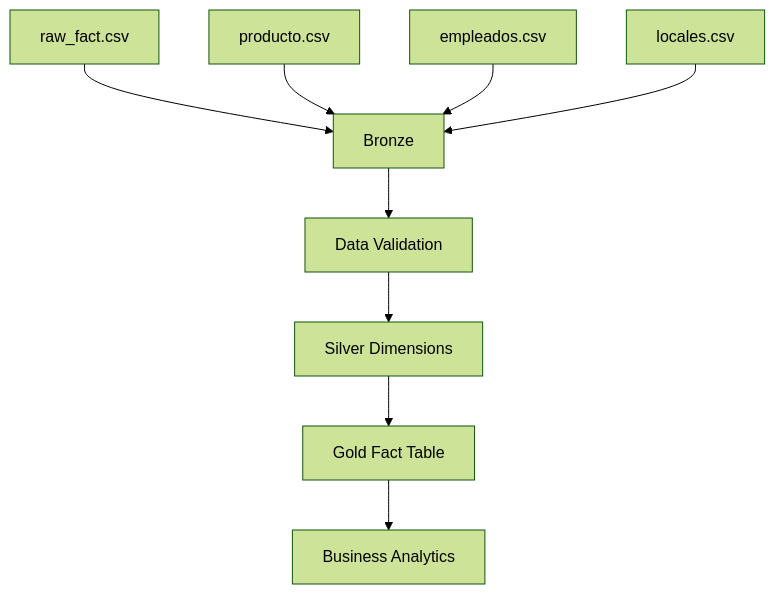
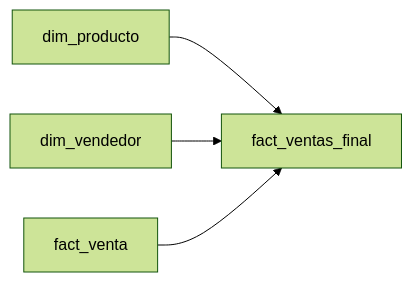
One commit to Smonsalve09/end-to-end-medallion-lakehouse-with-autoloader-dlt-and-workflows-on-databricks changed the third of 5 diagrams in README.md. Above: the diagram before and after it, drawn with Mermaid (forest theme). The commit also changed other lines of this file, not shown here.

First line of the commit message:
Revise README for project overview and architecture details

````diff
--- a/README.md
+++ b/README.md
@@ -187,21 +303,11 @@
 ```mermaid
-flowchart TD
+flowchart LR
 
-    A[raw_fact.csv]
-    B[producto.csv]
-    C[empleados.csv]
-    D[locales.csv]
+A[dim_producto]
+B[dim_vendedor]
+C[fact_venta]
 
-    A --> E[Bronze]
-    B --> E
-    C --> E
-    D --> E
-
-    E --> F[Data Validation]
-
-    F --> G[Silver Dimensions]
-
-    G --> H[Gold Fact Table]
-
-    H --> I[Business Analytics]
+A --> D[fact_ventas_final]
+B --> D
+C --> D
 ```
````
